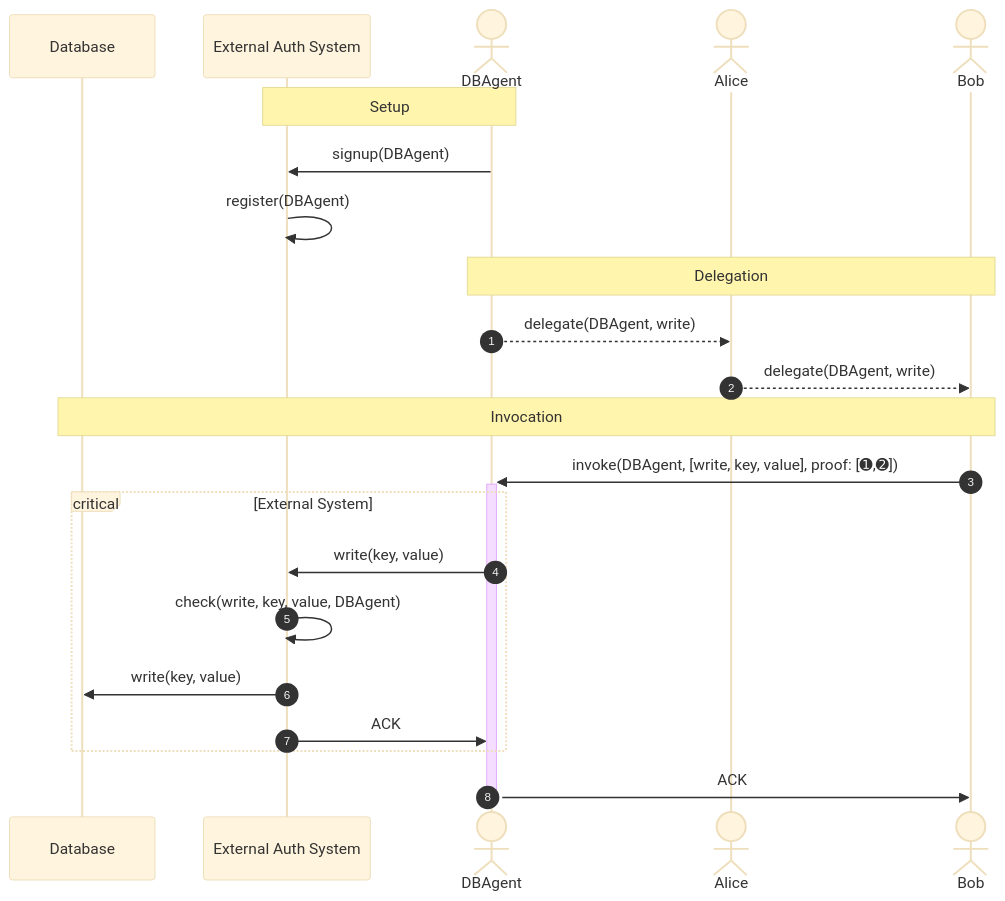
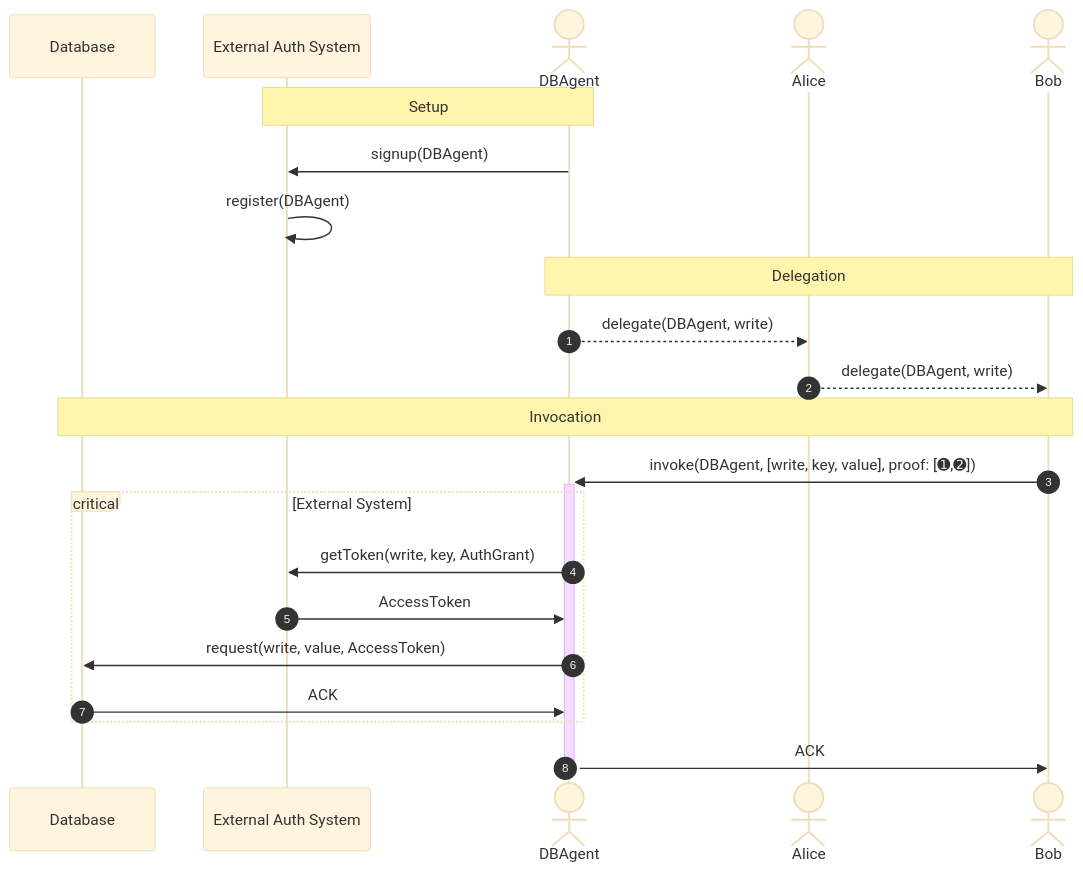
The fourth of 5 diagrams in README.md (michielbdejong/spec), drawn with Mermaid (base theme) before and after one commit. The commit also changed other lines of this file, not shown here.

````diff
--- a/README.md
+++ b/README.md
@@ -217,31 +217,32 @@
 ``` mermaid
 sequenceDiagram
     participant Database
     participant ACL as External Auth System
 
     actor DBAgent
     actor Alice
     actor Bob
 
     Note over ACL, DBAgent: Setup
     DBAgent ->> ACL: signup(DBAgent)
     ACL ->> ACL: register(DBAgent)
 
     autonumber 1
 
     Note over DBAgent, Bob: Delegation
     DBAgent -->> Alice: delegate(DBAgent, write)
     Alice -->> Bob: delegate(DBAgent, write)
 
     Note over Database, Bob: Invocation
     Bob ->>+ DBAgent: invoke(DBAgent, [write, key, value], proof: [➊,➋])
 
     critical External System
-        DBAgent ->> ACL: write(key, value)
-        ACL ->> ACL: check(write, key, value, DBAgent)
-        ACL ->> Database: write(key, value)
-        ACL ->> DBAgent: ACK
+        DBAgent ->> ACL: getToken(write, key, AuthGrant)
+        ACL ->> DBAgent: AccessToken
+        
+        DBAgent ->> Database: request(write, value, AccessToken)
+        Database ->> DBAgent: ACK
     end
 
     DBAgent ->>- Bob: ACK
 ```
````
